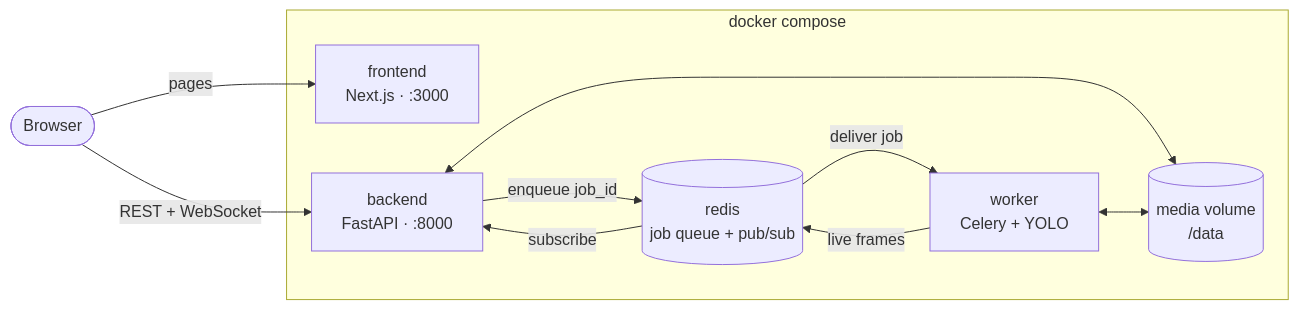
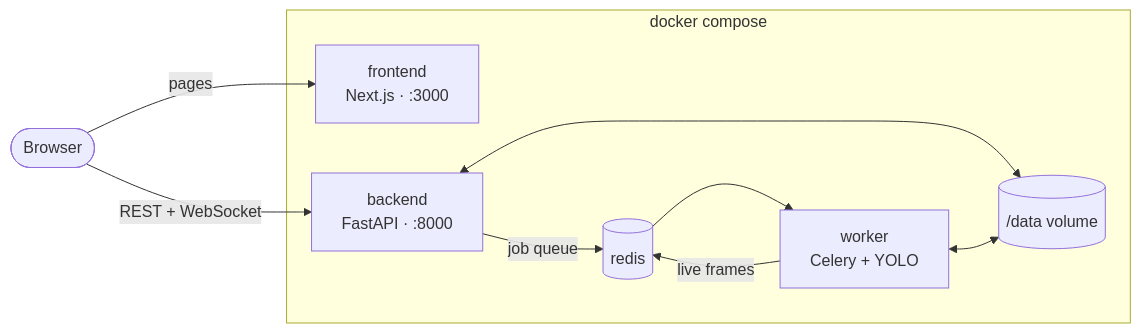
The diagram in README.md (RakshithDasari/internship_assignment-), drawn with Mermaid before and after one commit. The commit also changed other lines of this file and 2 other files, not shown here.

````diff
--- a/README.md
+++ b/README.md
@@ -77,19 +43,18 @@
 ```mermaid
 flowchart LR
     browser([Browser])
     subgraph compose [docker compose]
         frontend["frontend<br/>Next.js · :3000"]
         backend["backend<br/>FastAPI · :8000"]
-        redis[("redis<br/>job queue + pub/sub")]
+        redis[("redis")]
         worker["worker<br/>Celery + YOLO"]
-        data[("media volume<br/>/data")]
+        data[("/data volume")]
     end
     browser -- "pages" --> frontend
     browser -- "REST + WebSocket" --> backend
-    backend -- "enqueue job_id" --> redis
-    redis -- "deliver job" --> worker
+    backend -- "job queue" --> redis
+    redis --> worker
     worker -- "live frames" --> redis
-    redis -- "subscribe" --> backend
     backend <--> data
     worker <--> data
 ```
````
